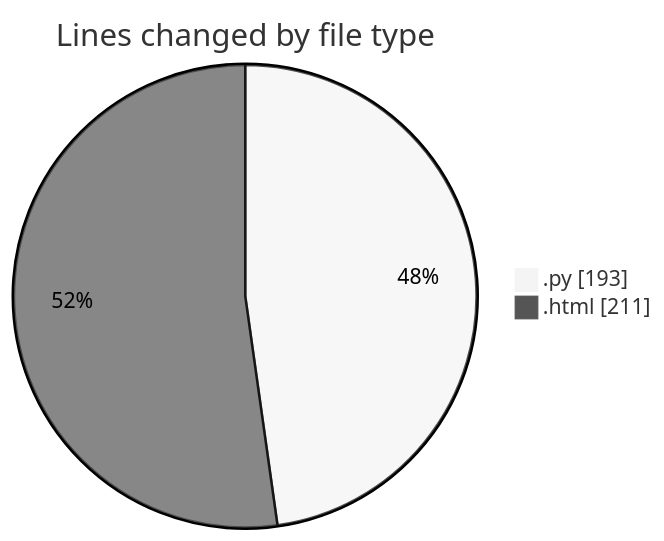
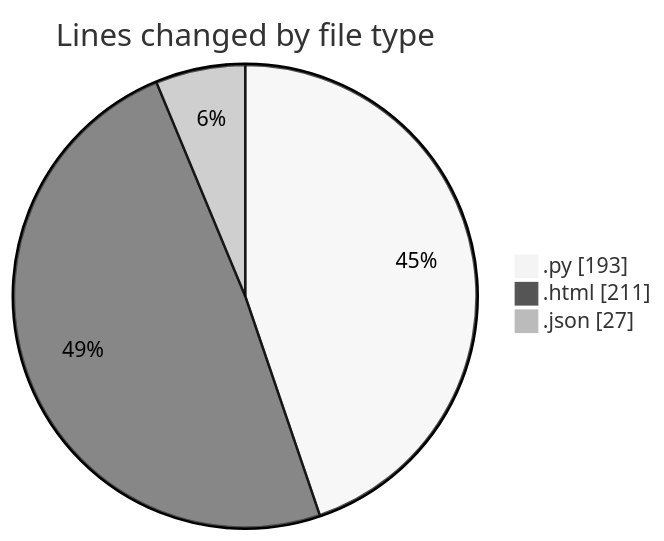
The first of 2 diagrams in 2025-07-12/cursor/README.md (FelipKnott/code-tracking), drawn with Mermaid (neutral theme) before and after one commit. The commit also changed other lines of this file and 1 other file, not shown here.

````diff
--- a/2025-07-12/cursor/README.md
+++ b/2025-07-12/cursor/README.md
@@ -21,6 +22,7 @@
 ```mermaid
 pie showData
 title Lines changed by file type
 ".py" : 193
 ".html" : 211
+".json" : 27
 ```
````
